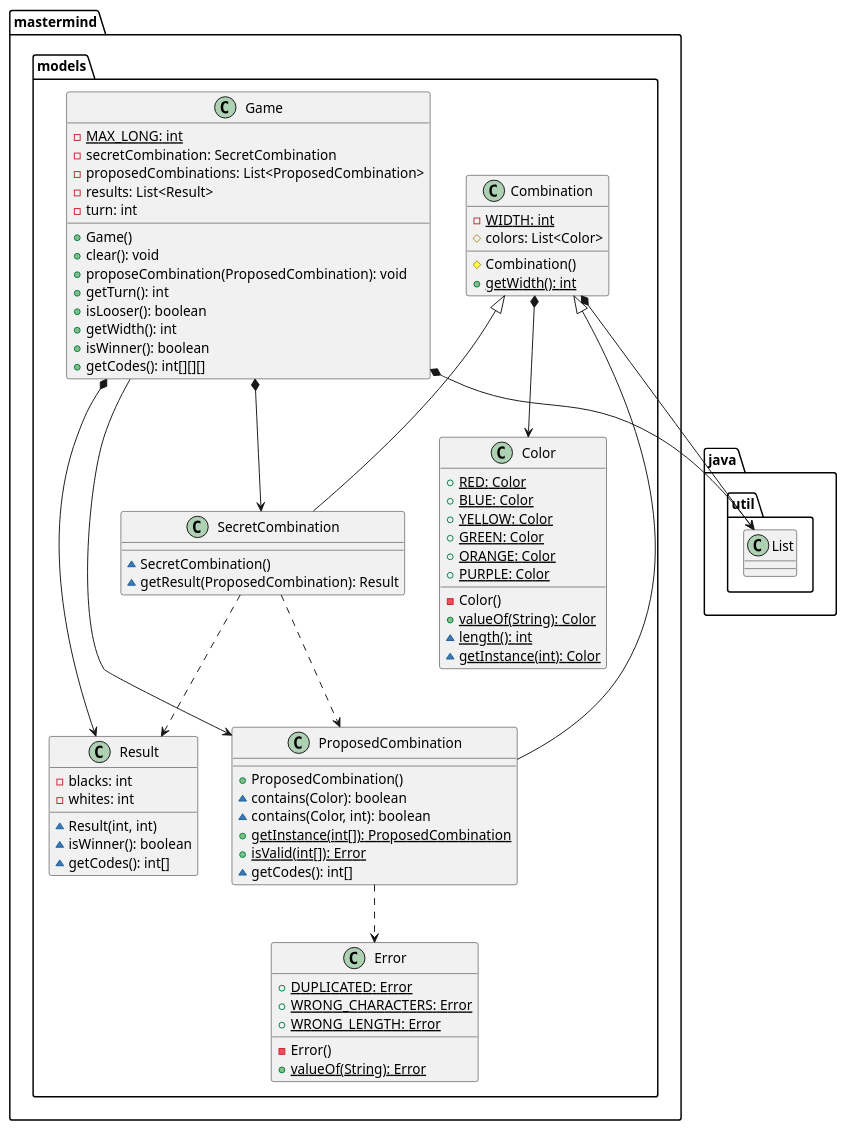
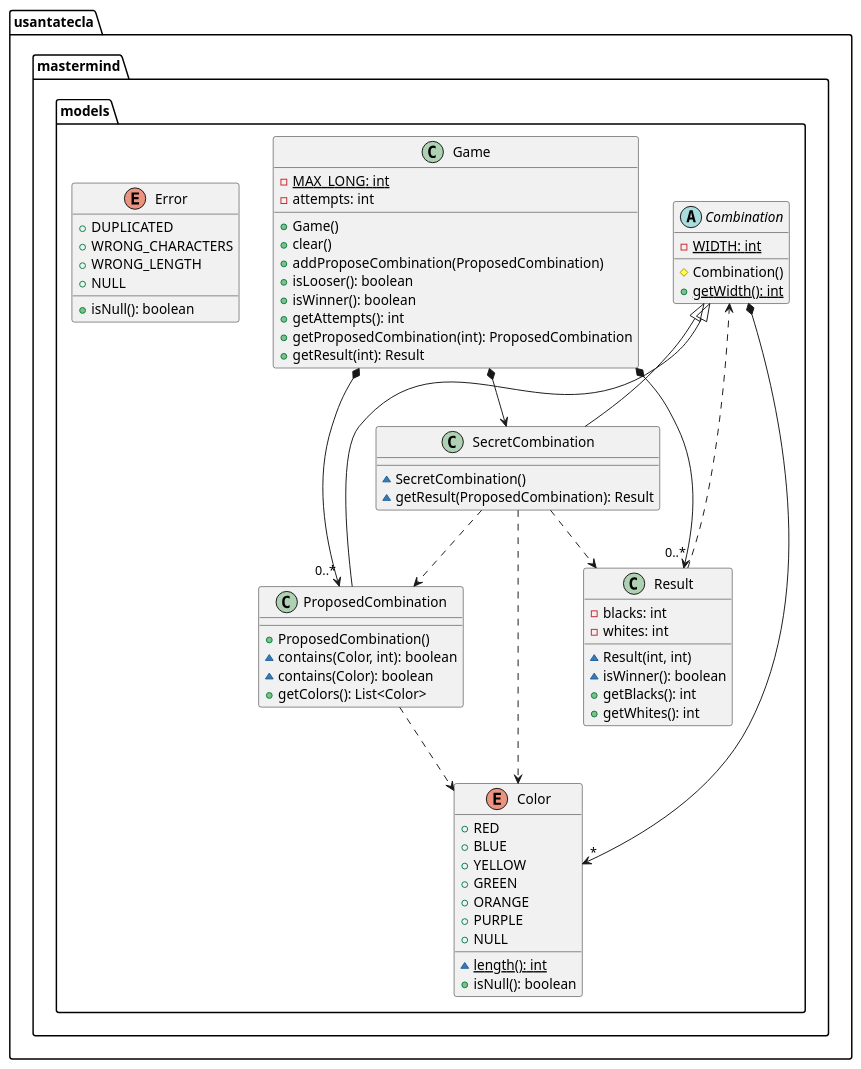
One commit to SantaTecla-mastermind/solution.java.swing.socket.sql changed the fifth of 6 diagrams in modelViewPresenter/presentationModel/withFacade/docs/diagrams/src/paquetes.plantuml. Above: the diagram before and after it, drawn with PlantUML. The commit also changed other lines of this file and 2 other files, not shown here.

Commit message:
Diagrams updated MVP Facade utils and models

```diff
--- a/modelViewPresenter/presentationModel/withFacade/docs/diagrams/src/paquetes.plantuml
+++ b/modelViewPresenter/presentationModel/withFacade/docs/diagrams/src/paquetes.plantuml
@@ -189,78 +189,73 @@
 @startuml usantatecla.mastermind.models
-class  mastermind.models.Color{
-+ {static} RED: Color
-+ {static} BLUE: Color
-+ {static} YELLOW: Color
-+ {static} GREEN: Color
-+ {static} ORANGE: Color
-+ {static} PURPLE: Color
-- Color()
-+ {static} valueOf(String): Color
-~ {static} length(): int
-~ {static} getInstance(int): Color
-}
-
-class  mastermind.models.Combination{
+abstract class usantatecla.mastermind.models.Combination {
 - {static} WIDTH: int
-# colors: List<Color>
 # Combination()
 + {static} getWidth(): int
 }
-mastermind.models.Combination *-down-> java.util.List
-mastermind.models.Combination *-down-> mastermind.models.Color
+usantatecla.mastermind.models.Combination *-down-> "*" usantatecla.mastermind.models.Color
 
-class  mastermind.models.Error{
-+ {static} DUPLICATED: Error
-+ {static} WRONG_CHARACTERS: Error
-+ {static} WRONG_LENGTH: Error
-- Error()
-+ {static} valueOf(String): Error
+class usantatecla.mastermind.models.Game {
+- {static} MAX_LONG: int
+- attempts: int
++ Game()
++ clear()
++ addProposeCombination(ProposedCombination)
++ isLooser(): boolean
++ isWinner(): boolean
++ getAttempts(): int
++ getProposedCombination(int): ProposedCombination
++ getResult(int): Result
 }
+usantatecla.mastermind.models.Game *-down-> usantatecla.mastermind.models.SecretCombination
+usantatecla.mastermind.models.Game *-down-> "0..*" usantatecla.mastermind.models.Result
+usantatecla.mastermind.models.Game *-down-> "0..*" usantatecla.mastermind.models.ProposedCombination
 
-class  mastermind.models.Game{
-- {static} MAX_LONG: int
-- secretCombination: SecretCombination
-- proposedCombinations: List<ProposedCombination>
-- results: List<Result>
-- turn: int
-+ Game()
-+ clear(): void
-+ proposeCombination(ProposedCombination): void
-+ getTurn(): int
-+ isLooser(): boolean
-+ getWidth(): int
-+ isWinner(): boolean
-+ getCodes(): int[][][]
+class usantatecla.mastermind.models.ProposedCombination {
++ ProposedCombination()
+~ contains(Color, int): boolean
+~ contains(Color): boolean
++ getColors(): List<Color>
 }
-mastermind.models.Game *-down-> java.util.List
-mastermind.models.Game *-down-> mastermind.models.SecretCombination
-mastermind.models.Game *-down-> mastermind.models.Result
-mastermind.models.Game --> mastermind.models.ProposedCombination
+usantatecla.mastermind.models.Combination <|-down- usantatecla.mastermind.models.ProposedCombination
+usantatecla.mastermind.models.ProposedCombination ..> usantatecla.mastermind.models.Color
 
-class  mastermind.models.ProposedCombination{
-+ ProposedCombination()
-~ contains(Color): boolean
-~ contains(Color, int): boolean
-+ {static} getInstance(int[]): ProposedCombination
-+ {static} isValid(int[]): Error
-~ getCodes(): int[]
+class usantatecla.mastermind.models.SecretCombination {
+~ SecretCombination()
+~ getResult(ProposedCombination): Result
 }
-mastermind.models.Combination <|-down- mastermind.models.ProposedCombination
-mastermind.models.ProposedCombination ..> mastermind.models.Error
+usantatecla.mastermind.models.Combination <|-down- usantatecla.mastermind.models.SecretCombination
+usantatecla.mastermind.models.SecretCombination ..> usantatecla.mastermind.models.Result
+usantatecla.mastermind.models.SecretCombination ..> usantatecla.mastermind.models.ProposedCombination
+usantatecla.mastermind.models.SecretCombination ..> usantatecla.mastermind.models.Color
 
-class  mastermind.models.Result{
+class usantatecla.mastermind.models.Result {
 - blacks: int
 - whites: int
 ~ Result(int, int)
 ~ isWinner(): boolean
-~ getCodes(): int[]
++ getBlacks(): int
++ getWhites(): int
 }
 
-class  mastermind.models.SecretCombination{
-~ SecretCombination()
-~ getResult(ProposedCombination): Result
+usantatecla.mastermind.models.Result -down..> usantatecla.mastermind.models.Combination
+
+enum usantatecla.mastermind.models.Color {
++ RED
++ BLUE
++ YELLOW
++ GREEN
++ ORANGE
++ PURPLE
++ NULL
+~ {static} length(): int
++ isNull(): boolean
 }
-mastermind.models.Combination <|-down- mastermind.models.SecretCombination
-mastermind.models.SecretCombination ..> mastermind.models.Result
-mastermind.models.SecretCombination ..> mastermind.models.ProposedCombination
+
+enum usantatecla.mastermind.models.Error {
++ DUPLICATED
++ WRONG_CHARACTERS
++ WRONG_LENGTH
++ NULL
++ isNull(): boolean
+}
 @enduml
```
